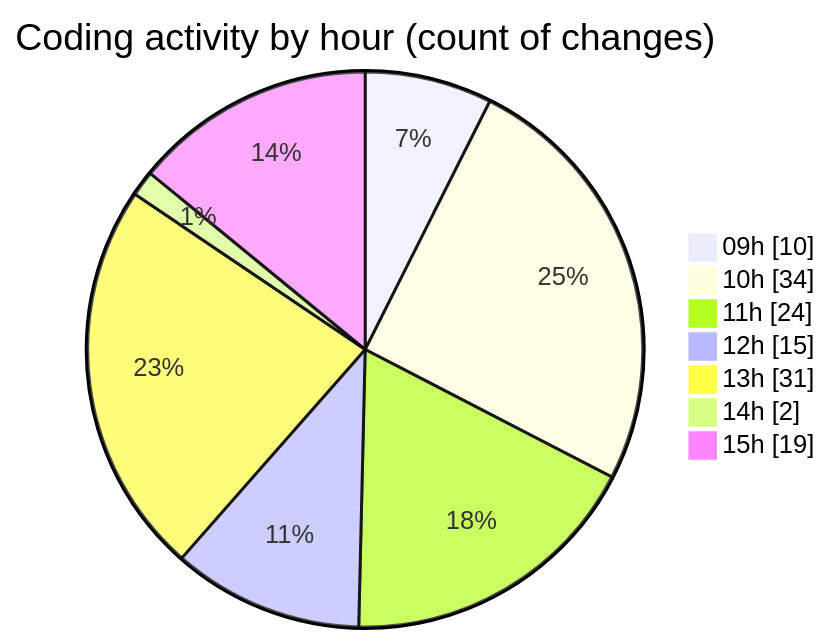
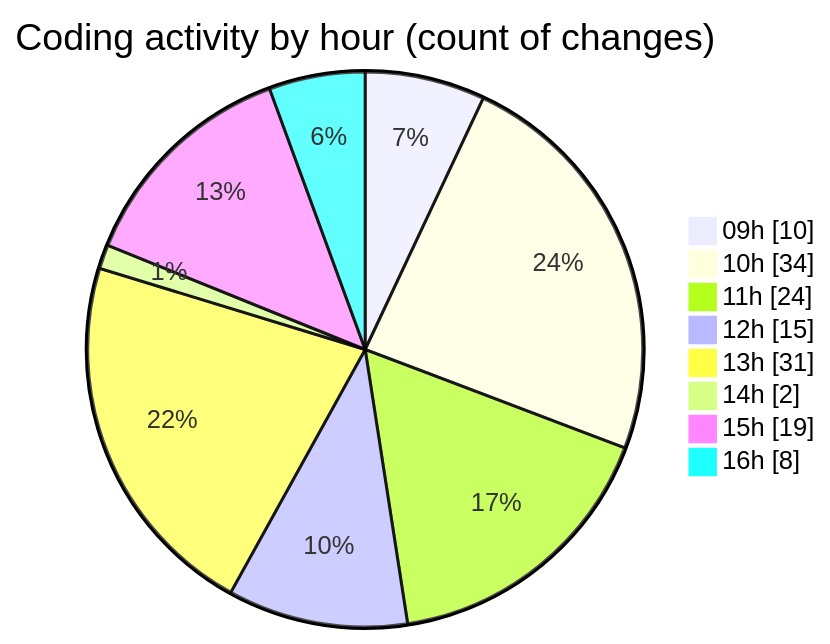
One commit to momahboobian/code-tracking changed the second of 2 diagrams in 2025-09-02/cda/README.md. Above: the diagram before and after it, drawn with Mermaid. The commit also changed other lines of this file and 1 other file, not shown here.

````diff
--- a/2025-09-02/cda/README.md
+++ b/2025-09-02/cda/README.md
@@ -39,11 +39,12 @@
 ```mermaid
 pie showData
 title Coding activity by hour (count of changes)
 "09h" : 10
 "10h" : 34
 "11h" : 24
 "12h" : 15
 "13h" : 31
 "14h" : 2
 "15h" : 19
+"16h" : 8
 ```
````
